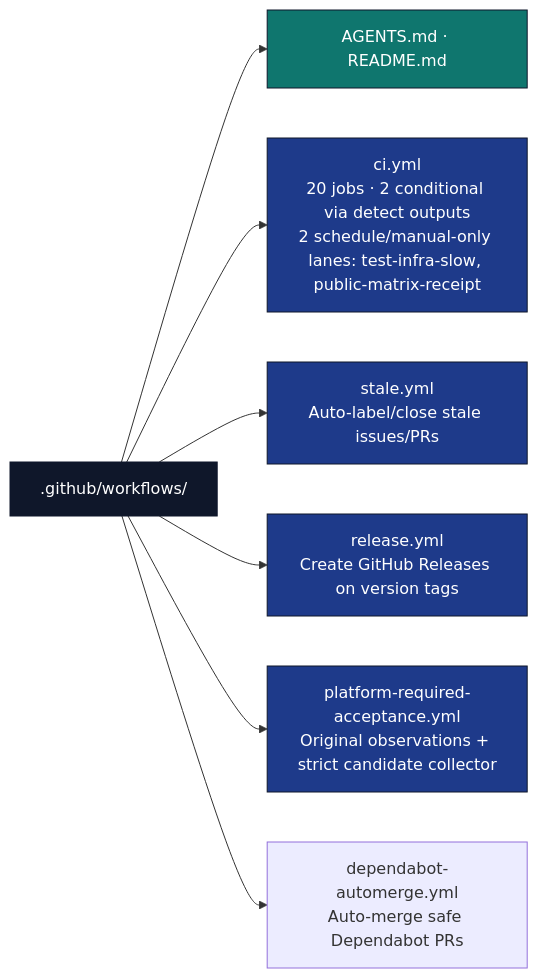
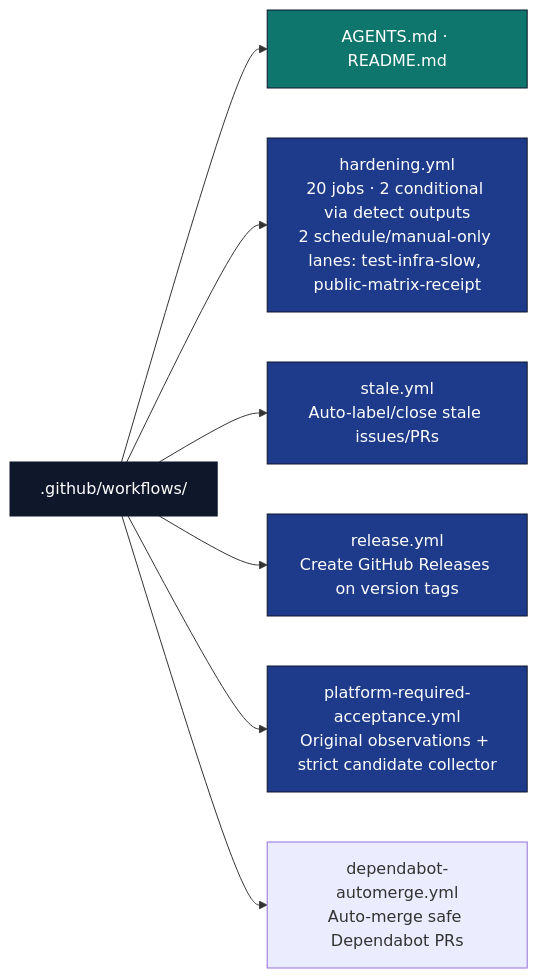
The first of 2 diagrams in .github/workflows/AGENTS.md (docxology/template), drawn with Mermaid before and after one commit. The commit also changed other lines of this file and 61 other files, not shown here.

Commit message:
Make public CI fast and functional; retain optional hardening

````diff
--- a/.github/workflows/AGENTS.md
+++ b/.github/workflows/AGENTS.md
@@ -9,17 +23,17 @@
 ```mermaid
 flowchart LR
     W[.github/workflows/]
     W --> META[AGENTS.md · README.md]
-    W --> CI[ci.yml<br/>20 jobs · 2 conditional via detect outputs<br/>2 schedule/manual-only lanes: test-infra-slow, public-matrix-receipt]
+    W --> CI[hardening.yml<br/>20 jobs · 2 conditional via detect outputs<br/>2 schedule/manual-only lanes: test-infra-slow, public-matrix-receipt]
     W --> STALE[stale.yml<br/>Auto-label/close stale issues/PRs]
     W --> REL[release.yml<br/>Create GitHub Releases on version tags]
     W --> REQUIRED[platform-required-acceptance.yml<br/>Original observations + strict candidate collector]
     W --> DA[dependabot-automerge.yml<br/>Auto-merge safe Dependabot PRs]
 
     classDef d fill:#0f172a,stroke:#0f172a,color:#fff
     classDef code fill:#1e3a8a,stroke:#0f172a,color:#fff
     classDef doc fill:#0f766e,stroke:#0f172a,color:#fff
     class W d
     class CI,STALE,REL,REQUIRED code
     class META doc
 ```
````
